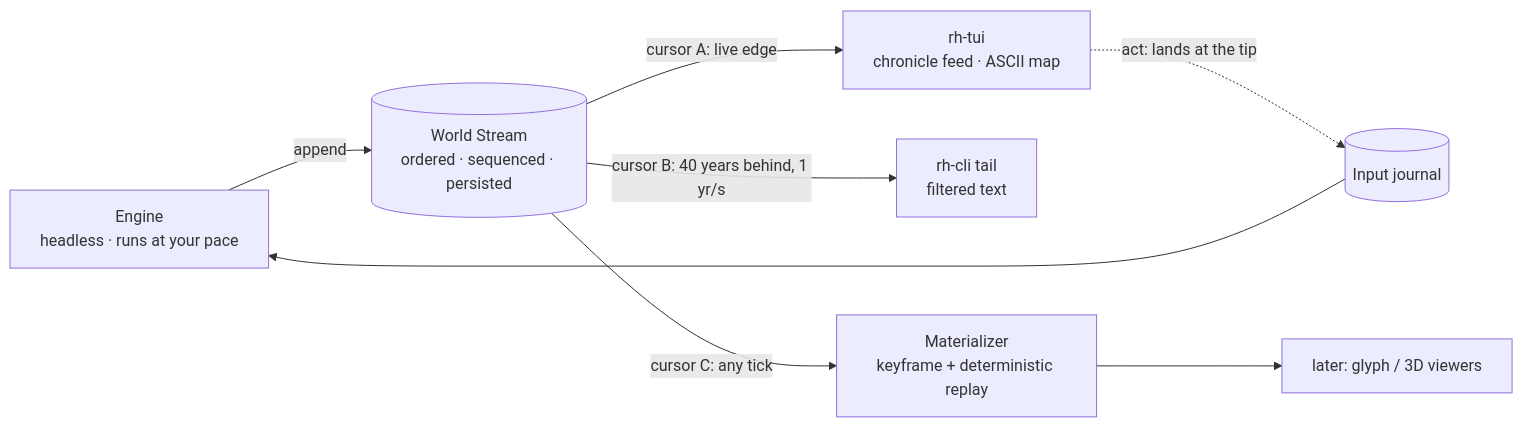
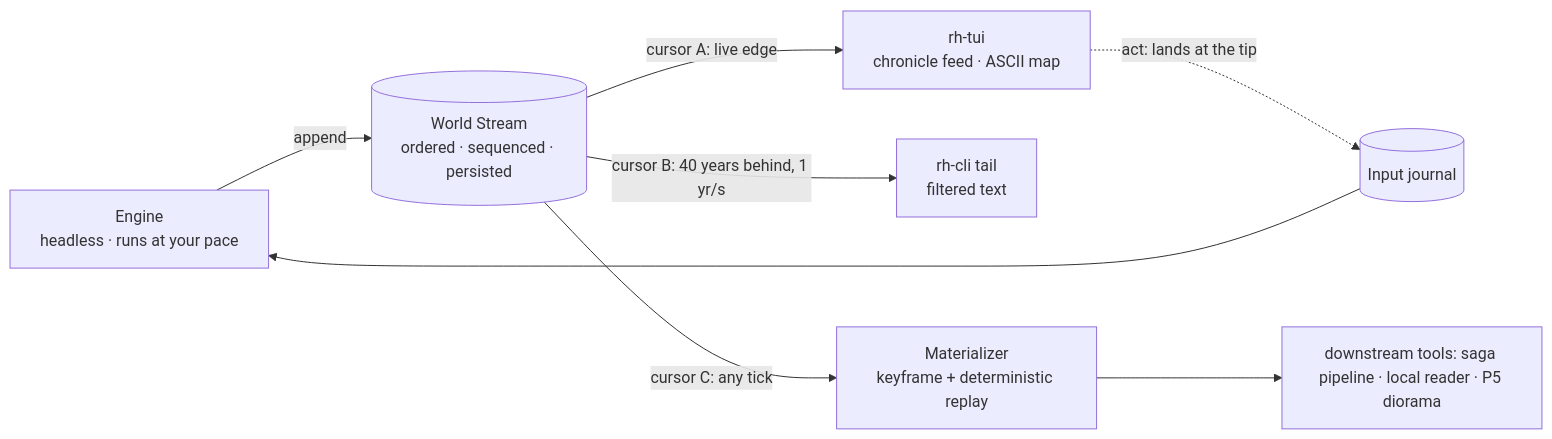
One commit to BigRigVibeCoder/Rehoboam changed the diagram in docs/05_architecture/05.10_world_stream.md. Above: the diagram before and after it, drawn with Mermaid. The commit also changed other lines of this file and 40 other files, not shown here.

````diff
--- a/docs/05_architecture/05.10_world_stream.md
+++ b/docs/05_architecture/05.10_world_stream.md
@@ -13,10 +14,10 @@
 ```mermaid
 flowchart LR
   ENG[Engine<br/>headless · runs at your pace] -->|append| WS[(World Stream<br/>ordered · sequenced · persisted)]
   WS -->|cursor A: live edge| V1[rh-tui<br/>chronicle feed · ASCII map]
   WS -->|cursor B: 40 years behind, 1 yr/s| V2[rh-cli tail<br/>filtered text]
   WS -->|cursor C: any tick| MAT[Materializer<br/>keyframe + deterministic replay]
-  MAT --> V3[later: glyph / 3D viewers]
+  MAT --> V3[downstream tools: saga pipeline · local reader · P5 diorama]
   V1 -. act: lands at the tip .-> J[(Input journal)]
   J --> ENG
 ```
````
